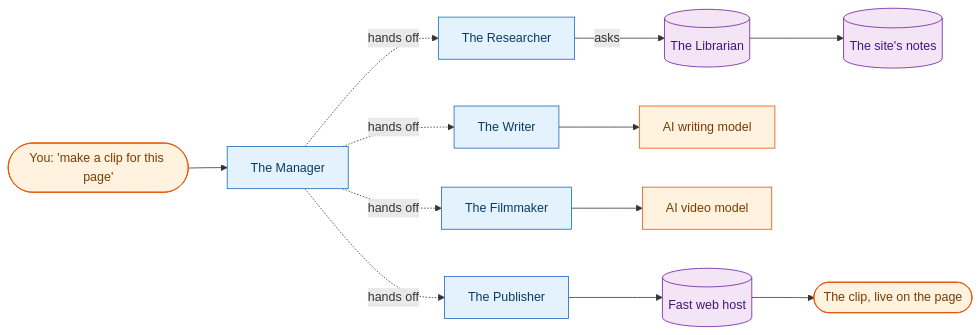
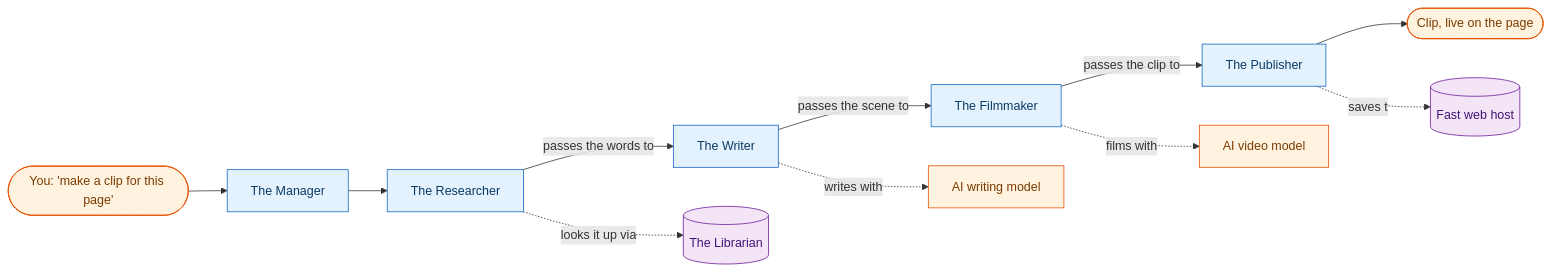
Before and after one commit to sfrancis2017/sajivfrancis.github.io: the diagram in src/content/blog/2026-06-15-ai-agent-video-pipeline.mdx, drawn with Mermaid. The commit also changed other lines of this file, not shown here.

Commit message:
draft: humanize tone; chain hand-offs in diagram; drop before/after + sequence diagram

````diff
--- a/src/content/blog/2026-06-15-ai-agent-video-pipeline.mdx
+++ b/src/content/blog/2026-06-15-ai-agent-video-pipeline.mdx
@@ -40,14 +40,18 @@
 ```mermaid
 flowchart LR
     classDef agent fill:#e3f2fd,stroke:#1565c0,color:#0b3a66
     classDef ext fill:#fff3e0,stroke:#e65100,color:#7a3b00
     classDef store fill:#f3e5f5,stroke:#6a1b9a,color:#42157a
 
     U([You: 'make a clip for this page']):::ext --> O[The Manager]:::agent
-    O -. hands off .-> C[The Researcher]:::agent
-    C -- asks --> M[(The Librarian)]:::store --> PG[(The site's notes)]:::store
-    O -. hands off .-> S[The Writer]:::agent --> CL[AI writing model]:::ext
-    O -. hands off .-> V[The Filmmaker]:::agent --> VEO[AI video model]:::ext
-    O -. hands off .-> ST[The Publisher]:::agent --> CDN[(Fast web host)]:::store
-    CDN --> SITE([The clip, live on the page]):::ext
+    O --> C[The Researcher]:::agent
+    C -->|passes the words to| S[The Writer]:::agent
+    S -->|passes the scene to| V[The Filmmaker]:::agent
+    V -->|passes the clip to| ST[The Publisher]:::agent
+    ST --> SITE([Clip, live on the page]):::ext
+
+    C -.looks it up via.-> M[(The Librarian)]:::store
+    S -.writes with.-> CL[AI writing model]:::ext
+    V -.films with.-> VEO[AI video model]:::ext
+    ST -.saves to.-> CDN[(Fast web host)]:::store
 ```
````
